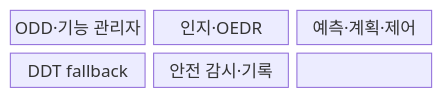
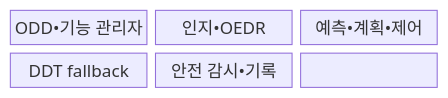
The first of 2 diagrams in src/content/docs/notes/08-latest-tech/209_ads_automated_driving_system.md (agnusdei1207/knowledge-base), drawn with Mermaid before and after one commit. The commit also changed other lines of this file and 953 other files, not shown here.

````diff
--- a/src/content/docs/notes/08-latest-tech/209_ads_automated_driving_system.md
+++ b/src/content/docs/notes/08-latest-tech/209_ads_automated_driving_system.md
@@ -69,11 +69,11 @@
 ```mermaid
 block-beta
   columns 3
-  N0["ODD·기능 관리자"]
-  N1["인지·OEDR"]
-  N2["예측·계획·제어"]
+  N0["ODD•기능 관리자"]
+  N1["인지•OEDR"]
+  N2["예측•계획•제어"]
   N3["DDT fallback"]
-  N4["안전 감시·기록"]
+  N4["안전 감시•기록"]
   N0 --- N1 --- N2
   N2 --- N3 --- N4
 ```
````
